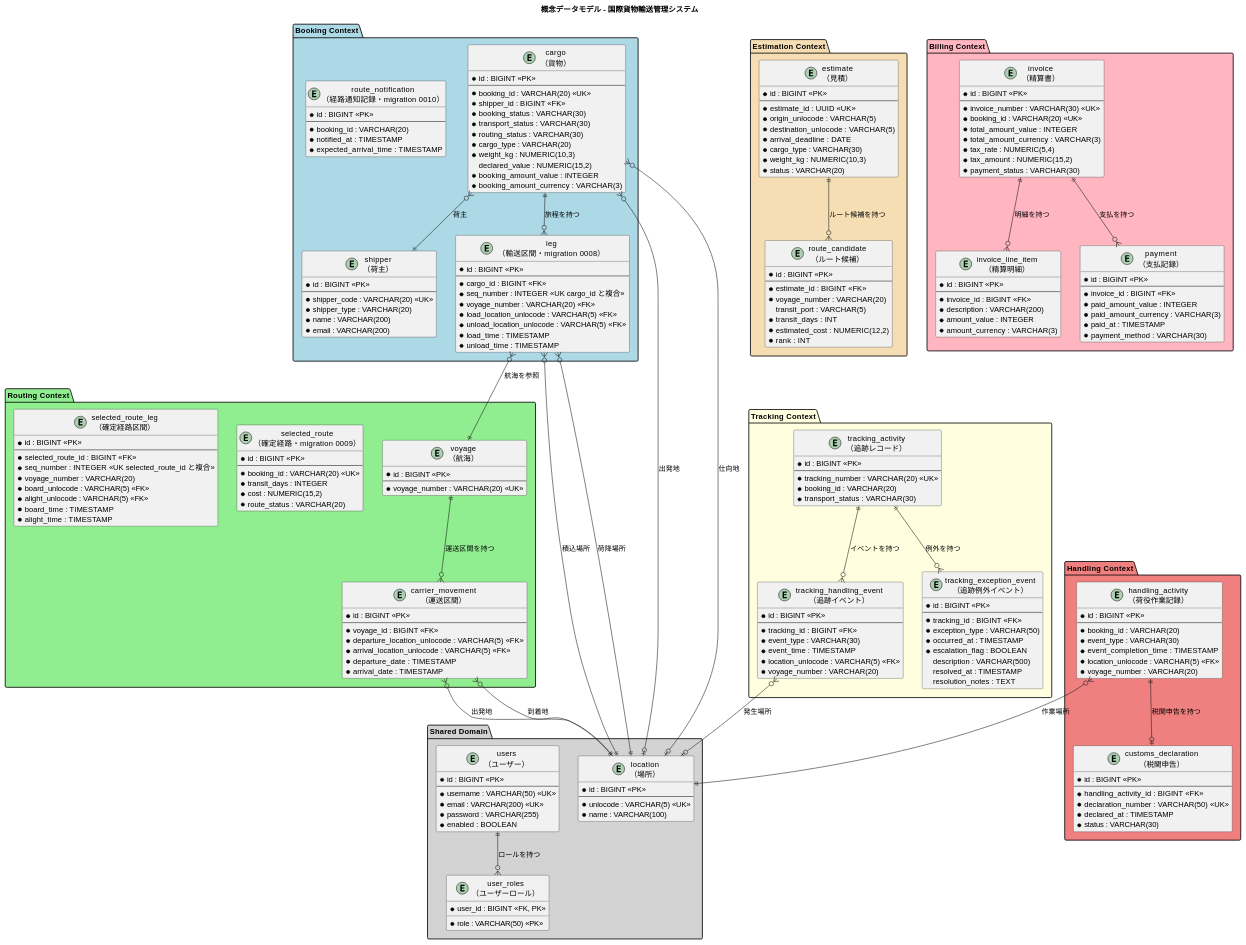
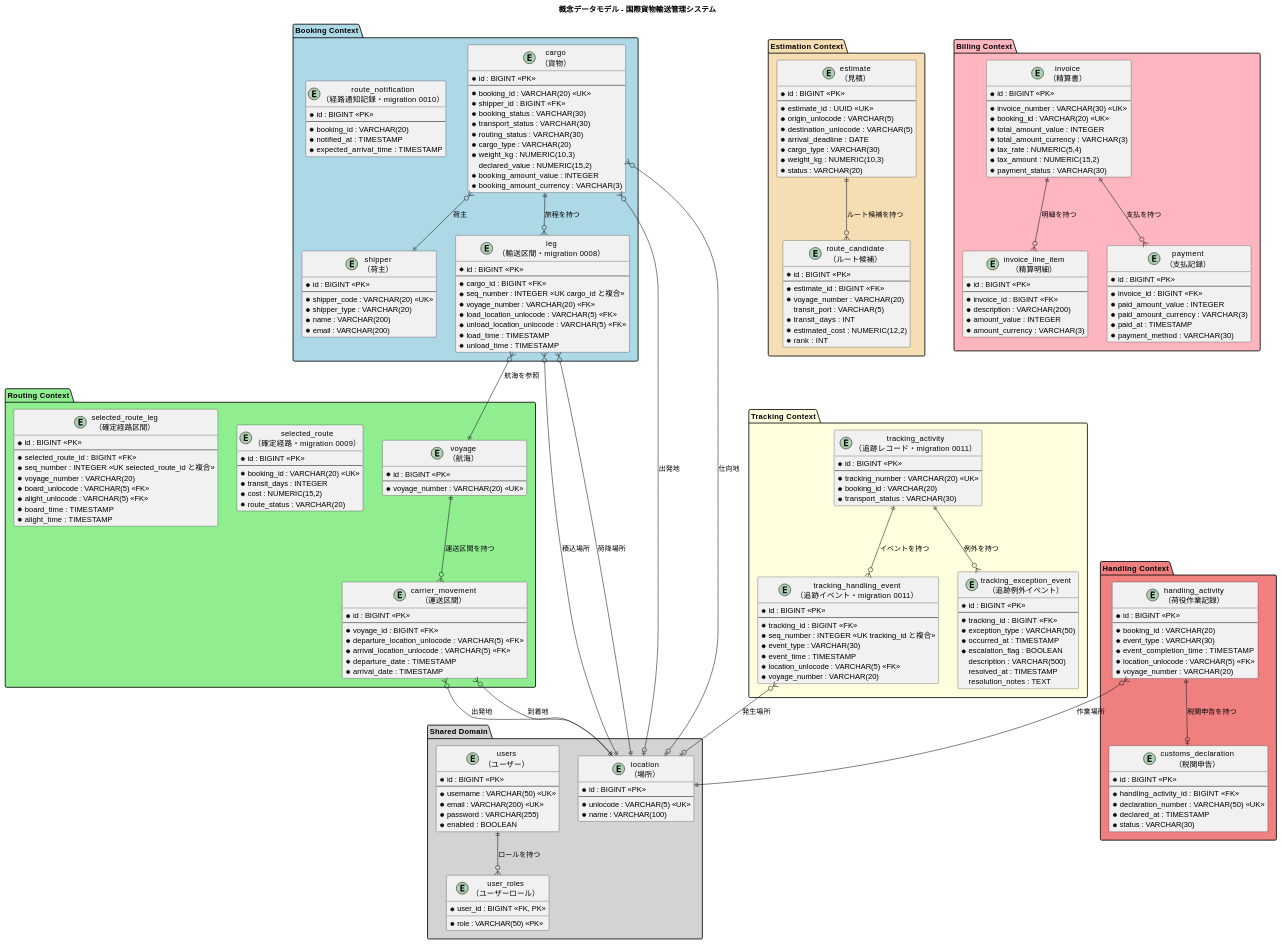
One commit to k2works/case-study-cargo-tracker changed the first of 9 diagrams in docs/design/data-model.md. Above: the diagram before and after it, drawn with PlantUML. The commit also changed 6 other files, not shown here.

```diff
--- a/docs/design/data-model.md
+++ b/docs/design/data-model.md
@@ -148,7 +148,7 @@
 }
 
 package "Tracking Context" #lightyellow {
-  entity "tracking_activity\n（追跡レコード）" as tracking_activity {
+  entity "tracking_activity\n（追跡レコード・migration 0011）" as tracking_activity {
     * id : BIGINT <<PK>>
     --
     * tracking_number : VARCHAR(20) <<UK>>
@@ -156,10 +156,11 @@
     * transport_status : VARCHAR(30)
   }
 
-  entity "tracking_handling_event\n（追跡イベント）" as tracking_handling_event {
+  entity "tracking_handling_event\n（追跡イベント・migration 0011）" as tracking_handling_event {
     * id : BIGINT <<PK>>
     --
     * tracking_id : BIGINT <<FK>>
+    * seq_number : INTEGER <<UK tracking_id と複合>>
     * event_type : VARCHAR(30)
     * event_time : TIMESTAMP
     * location_unlocode : VARCHAR(5) <<FK>>
```
